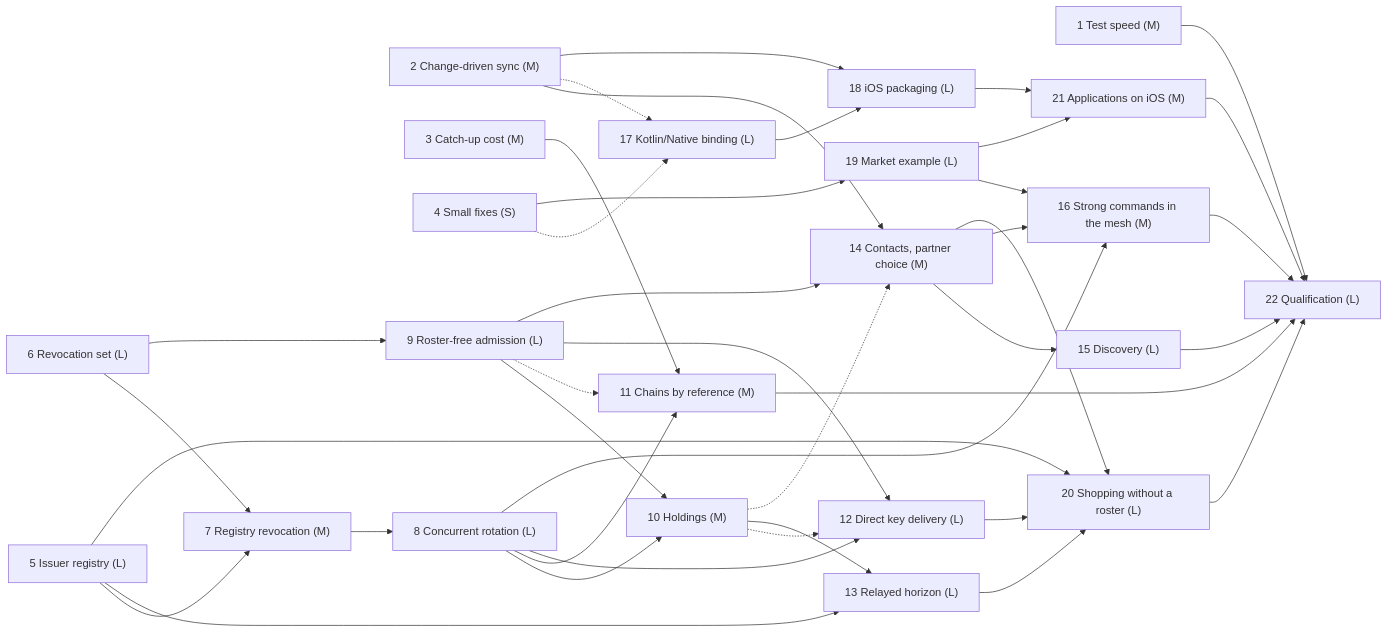
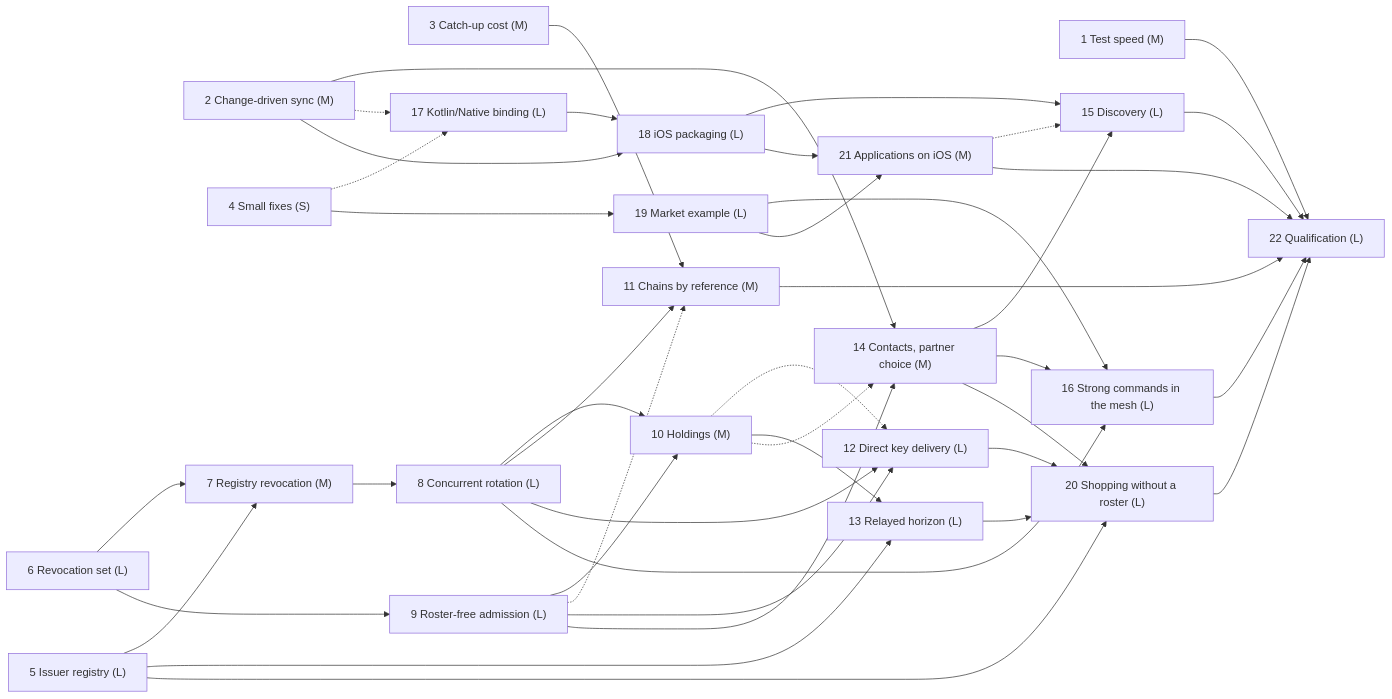
One commit to BierDav/rocky changed the diagram in docs/features_07/README.md. Above: the diagram before and after it, drawn with Mermaid. The commit also changed other lines of this file and 11 other files, not shown here.

````diff
--- a/docs/features_07/README.md
+++ b/docs/features_07/README.md
@@ -82,64 +82,66 @@
 ```mermaid
 flowchart LR
     P1["1 Test speed (M)"]
     P2["2 Change-driven sync (M)"]
     P3["3 Catch-up cost (M)"]
     P4["4 Small fixes (S)"]
     P5["5 Issuer registry (L)"]
     P6["6 Revocation set (L)"]
     P7["7 Registry revocation (M)"]
     P8["8 Concurrent rotation (L)"]
     P9["9 Roster-free admission (L)"]
     P10["10 Holdings (M)"]
     P11["11 Chains by reference (M)"]
     P12["12 Direct key delivery (L)"]
     P13["13 Relayed horizon (L)"]
     P14["14 Contacts, partner choice (M)"]
     P15["15 Discovery (L)"]
-    P16["16 Strong commands in the mesh (M)"]
+    P16["16 Strong commands in the mesh (L)"]
     P17["17 Kotlin/Native binding (L)"]
     P18["18 iOS packaging (L)"]
     P19["19 Market example (L)"]
     P20["20 Shopping without a roster (L)"]
     P21["21 Applications on iOS (M)"]
     P22["22 Qualification (L)"]
 
     P5 --> P7
     P6 --> P7
     P7 --> P8
     P6 --> P9
     P8 --> P10
     P9 --> P10
     P3 --> P11
     P8 --> P11
     P9 -.-> P11
     P8 --> P12
     P9 --> P12
     P10 -.-> P12
     P5 --> P13
     P10 --> P13
     P2 --> P14
     P9 --> P14
     P10 -.-> P14
     P14 --> P15
+    P18 --> P15
+    P21 -.-> P15
     P8 --> P16
     P14 --> P16
     P19 --> P16
     P2 -.-> P17
     P4 -.-> P17
     P2 --> P18
     P17 --> P18
     P4 --> P19
     P5 --> P20
     P12 --> P20
     P13 --> P20
     P14 --> P20
     P18 --> P21
     P19 --> P21
     P1 --> P22
     P11 --> P22
     P15 --> P22
     P16 --> P22
     P20 --> P22
     P21 --> P22
 ```
````
